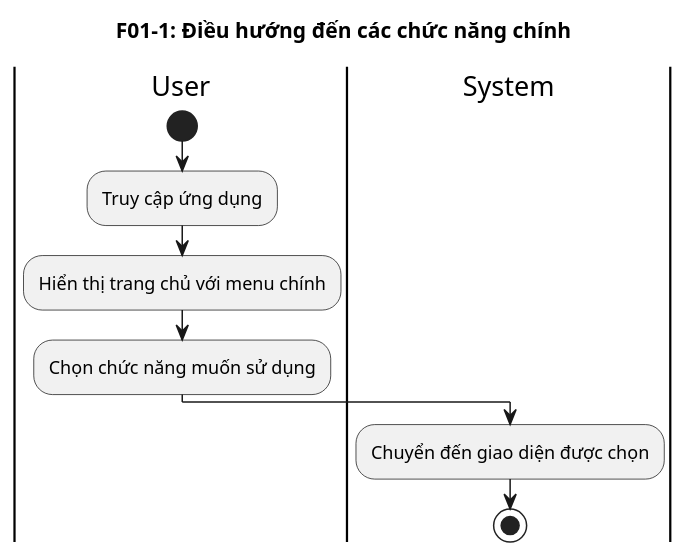
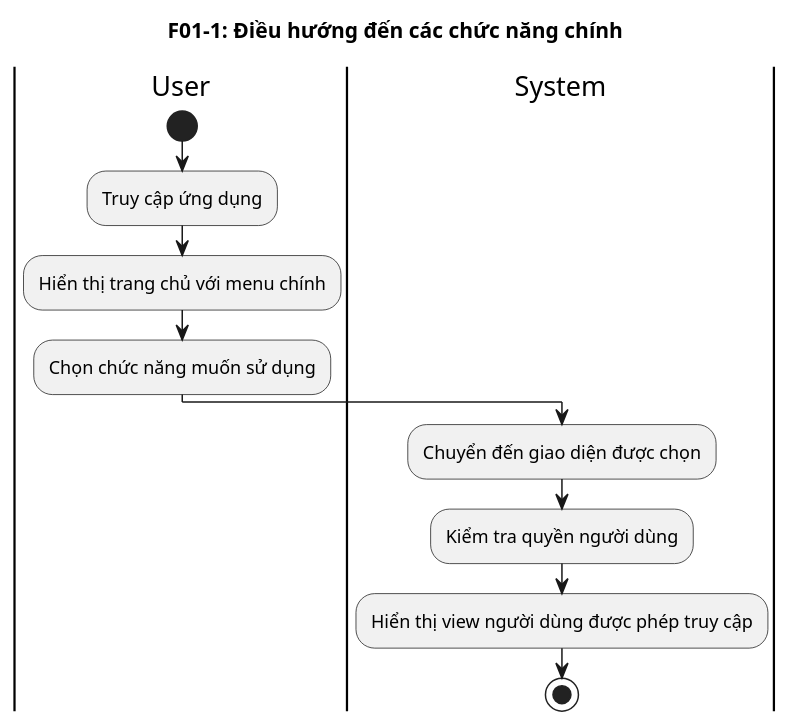
The first of 34 diagrams in activity_diagrams.puml (hoangh-e/PowerAppp_AppNghiPhep), drawn with PlantUML before and after one commit. The commit also changed other lines of this file and 25 other files, not shown here.

```diff
--- a/activity_diagrams.puml
+++ b/activity_diagrams.puml
@@ -1,11 +1,13 @@
 @startuml F01_Navigation
 title F01-1: Điều hướng đến các chức năng chính
 |User|
 start
 :Truy cập ứng dụng;
 :Hiển thị trang chủ với menu chính;
 :Chọn chức năng muốn sử dụng;
 |System|
 :Chuyển đến giao diện được chọn;
+:Kiểm tra quyền người dùng;
+:Hiển thị view người dùng được phép truy cập;
 stop
 @enduml
```
